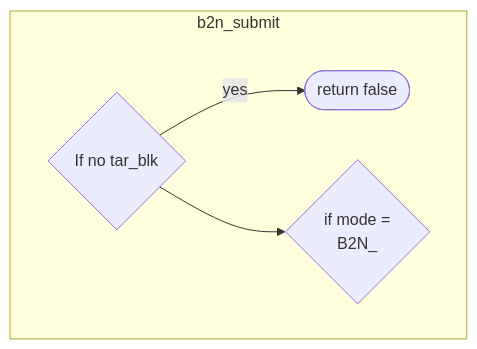
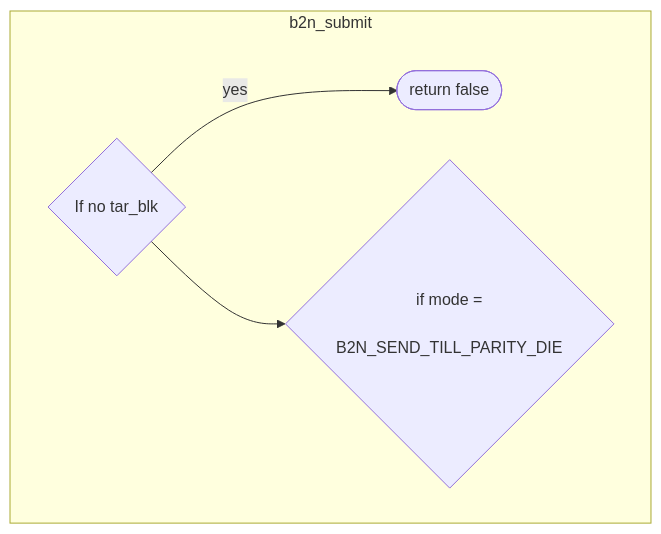
The diagram in all/未命名-2.md (jenny112646/iodraw-files), drawn with Mermaid before and after one commit.

Commit message:
2024-06-07 10:50:33 update

````diff
--- a/all/未命名-2.md
+++ b/all/未命名-2.md
@@ -1,8 +1,9 @@
 ```mermaid
 flowchart TD
 subgraph b2n_submit
     c1{"If no tar_blk"} --yes--> c2([return false])
     c1 --> c3{"if mode =
-    B2N_"}
+    B2N_SEND_TILL_PARITY_DIE"}
+    
 end
 ```
````
